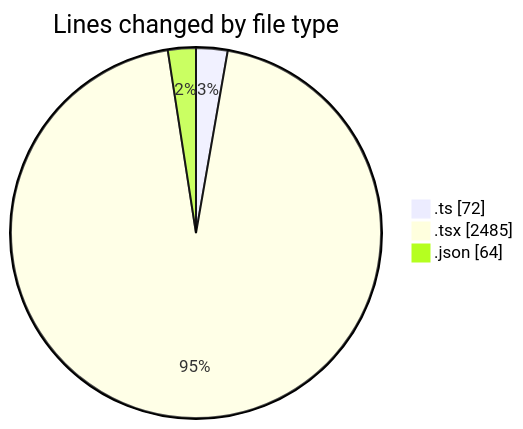
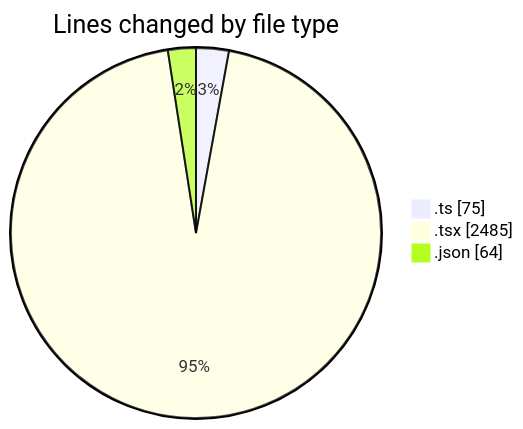
Before and after one commit to momahboobian/code-tracking: the first of 2 diagrams in 2025-09-25/cda/README.md, drawn with Mermaid. The commit also changed other lines of this file and 1 other file, not shown here.

````diff
--- a/2025-09-25/cda/README.md
+++ b/2025-09-25/cda/README.md
@@ -33,7 +34,7 @@
 ```mermaid
 pie showData
 title Lines changed by file type
-".ts" : 72
+".ts" : 75
 ".tsx" : 2485
 ".json" : 64
 ```
````
